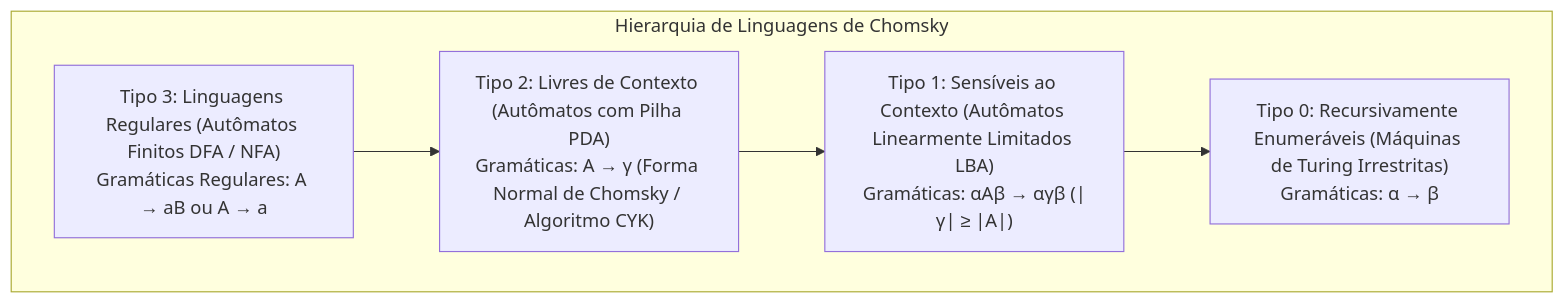
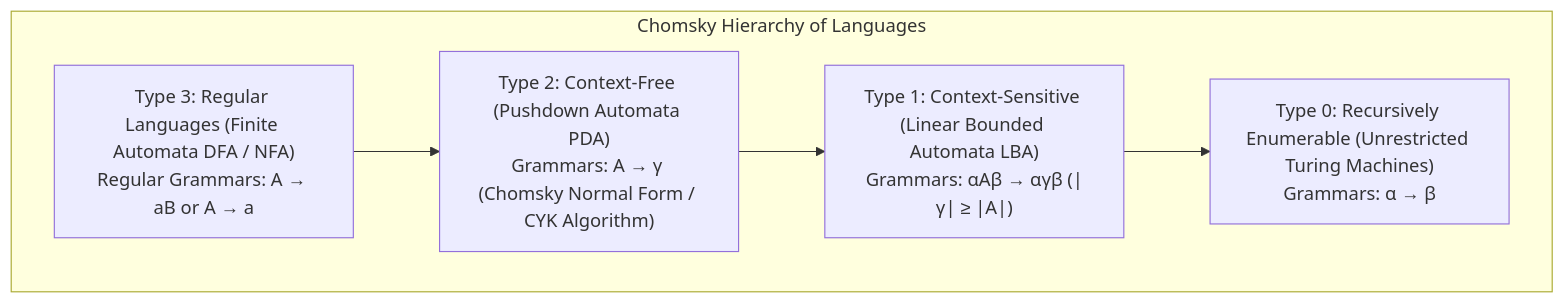
One commit to dandgabr/Coacus changed the first of 2 diagrams in knowledge/skills/domains/academic/academic-algorithms-data-structures/SKILL.md. Above: the diagram before and after it, drawn with Mermaid. The commit also changed other lines of this file and 143 other files, not shown here.

````diff
--- a/knowledge/skills/domains/academic/academic-algorithms-data-structures/SKILL.md
+++ b/knowledge/skills/domains/academic/academic-algorithms-data-structures/SKILL.md
@@ -14,10 +14,10 @@
 ```mermaid
 graph TD
-    subgraph HC["Hierarquia de Linguagens de Chomsky"]
-        T0["Tipo 0: Recursivamente Enumeráveis (Máquinas de Turing Irrestritas)<br/>Gramáticas: α → β"]
-        T1["Tipo 1: Sensíveis ao Contexto (Autômatos Linearmente Limitados LBA)<br/>Gramáticas: αAβ → αγβ (|γ| ≥ |A|)"]
-        T2["Tipo 2: Livres de Contexto (Autômatos com Pilha PDA)<br/>Gramáticas: A → γ (Forma Normal de Chomsky / Algoritmo CYK)"]
-        T3["Tipo 3: Linguagens Regulares (Autômatos Finitos DFA / NFA)<br/>Gramáticas Regulares: A → aB ou A → a"]
+    subgraph HC["Chomsky Hierarchy of Languages"]
+        T0["Type 0: Recursively Enumerable (Unrestricted Turing Machines)<br/>Grammars: α → β"]
+        T1["Type 1: Context-Sensitive (Linear Bounded Automata LBA)<br/>Grammars: αAβ → αγβ (|γ| ≥ |A|)"]
+        T2["Type 2: Context-Free (Pushdown Automata PDA)<br/>Grammars: A → γ (Chomsky Normal Form / CYK Algorithm)"]
+        T3["Type 3: Regular Languages (Finite Automata DFA / NFA)<br/>Regular Grammars: A → aB or A → a"]
     end
     T3 --> T2 --> T1 --> T0
 ```
````
